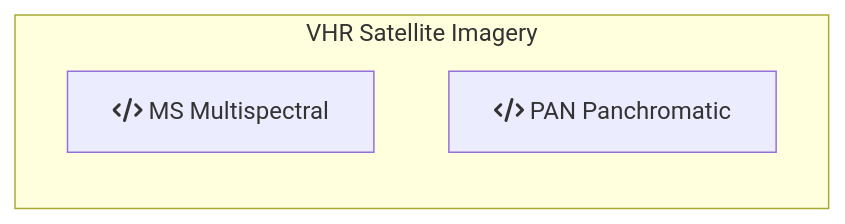
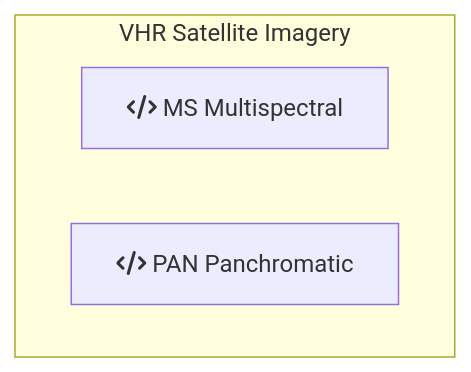
Before and after one commit to DippoldEJ/Satellite-Datasets: the diagram in Pleiades/test.md, drawn with Mermaid.

````diff
--- a/Pleiades/test.md
+++ b/Pleiades/test.md
@@ -7,9 +7,9 @@
 ```mermaid
-flowchart LR;
+flowchart TD;
 
 subgraph VHR Satellite Imagery
-    s[fa:fa-code MS Multispectral]
-    a[fa:fa-code PAN Panchromatic]
+    a[fa:fa-code MS Multispectral]
+    b[fa:fa-code PAN Panchromatic]
     end
 
 ```
````
